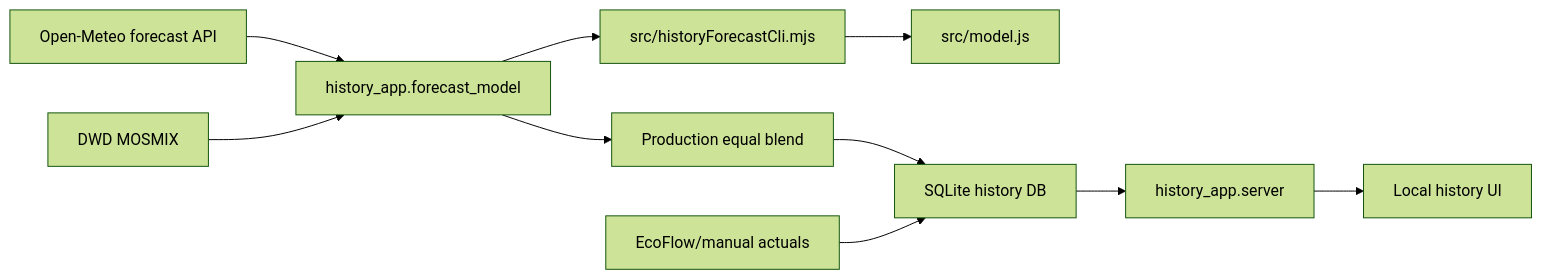
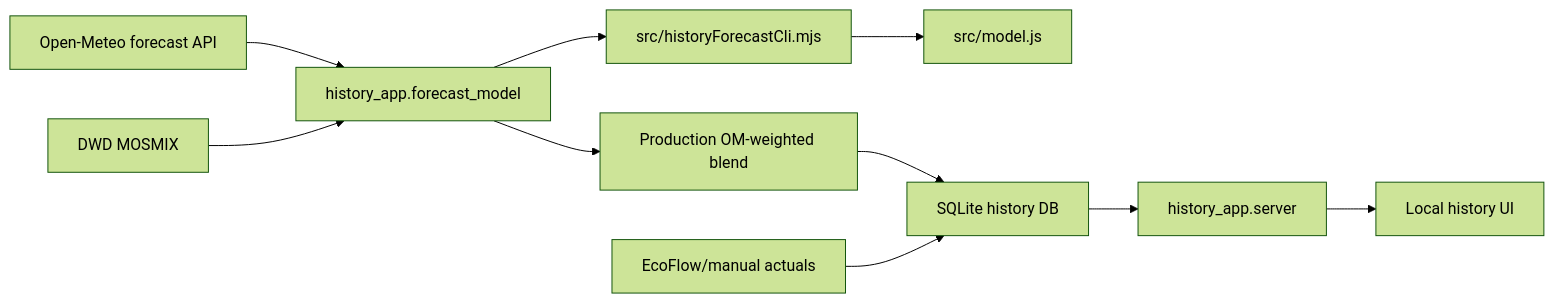
The second of 2 diagrams in docs/solution-architecture.md (quantbj/SolarGen), drawn with Mermaid (forest theme) before and after one commit. The commit also changed other lines of this file and 13 other files, not shown here.

Commit message:
Recalibrate production forecast blend

````diff
--- a/docs/solution-architecture.md
+++ b/docs/solution-architecture.md
@@ -57,12 +57,12 @@
 ```mermaid
 flowchart LR
   A["Open-Meteo forecast API"] --> B["history_app.forecast_model"]
   C["DWD MOSMIX"] --> B
   B --> D["src/historyForecastCli.mjs"]
   D --> E["src/model.js"]
-  B --> F["Production equal blend"]
+  B --> F["Production OM-weighted blend"]
   F --> G["SQLite history DB"]
   H["EcoFlow/manual actuals"] --> G
   G --> I["history_app.server"]
   I --> J["Local history UI"]
 ```
````
